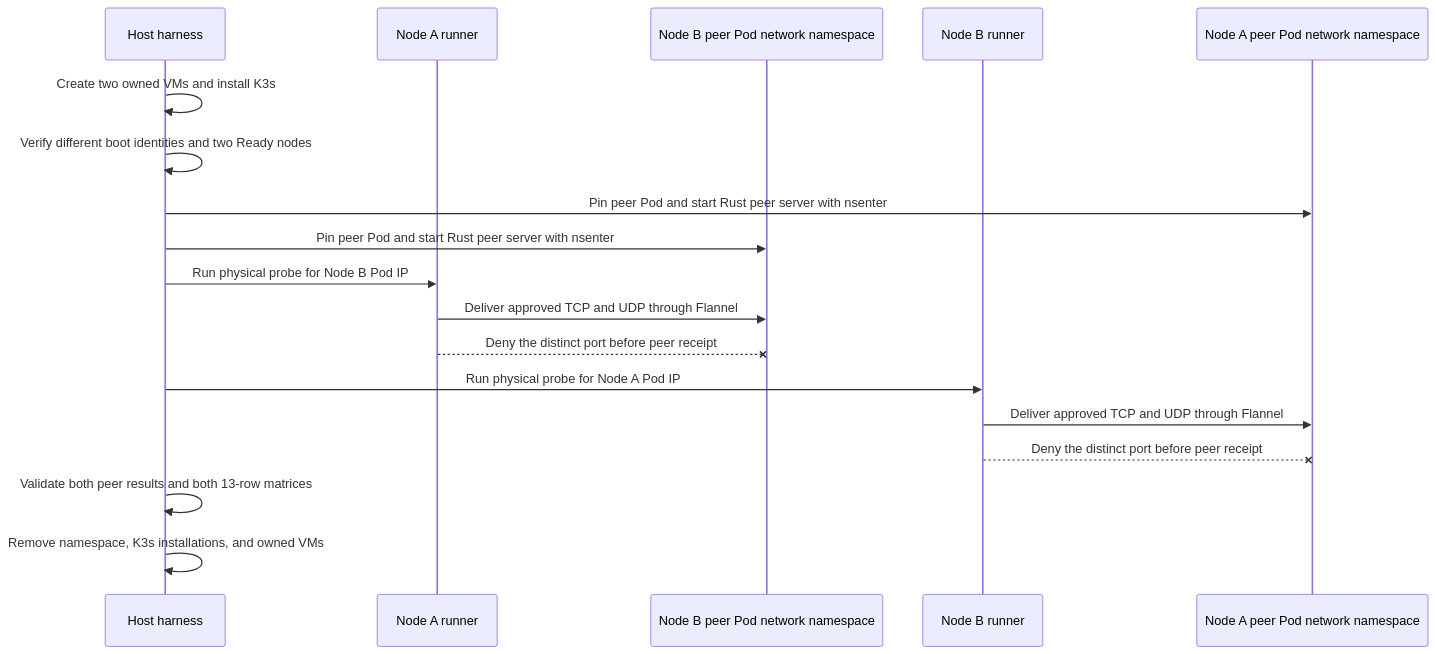
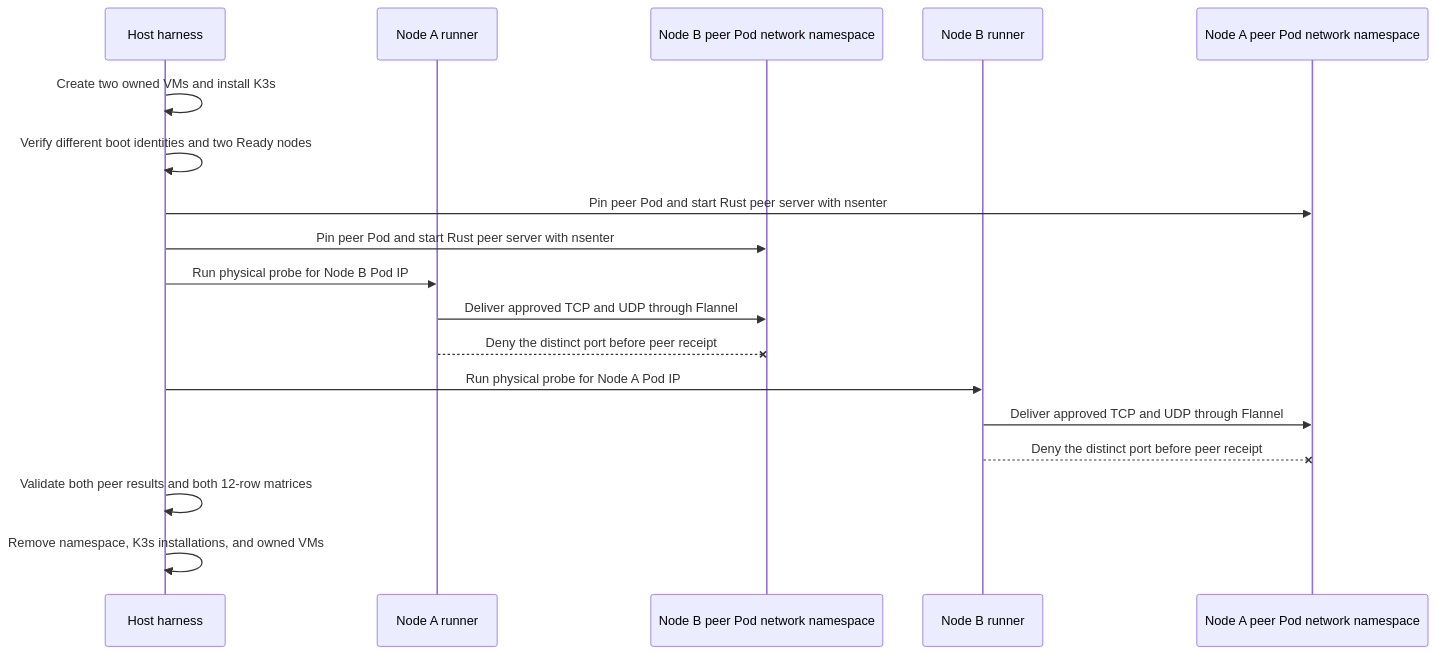
One commit to Ereborlabs/erebor-runtime changed the fifth of 5 diagrams in docs/plans/mithril-hugging-face-intrusion-prevention/phase-5-implementation-review.md. Above: the diagram before and after it, drawn with Mermaid. The commit also changed other lines of this file and 17 other files, not shown here.

````diff
--- a/docs/plans/mithril-hugging-face-intrusion-prevention/phase-5-implementation-review.md
+++ b/docs/plans/mithril-hugging-face-intrusion-prevention/phase-5-implementation-review.md
@@ -335,21 +335,21 @@
 ```mermaid
 sequenceDiagram
     participant H as Host harness
     participant A as Node A runner
     participant PB as Node B peer Pod network namespace
     participant B as Node B runner
     participant PA as Node A peer Pod network namespace
 
     H->>H: Create two owned VMs and install K3s
     H->>H: Verify different boot identities and two Ready nodes
     H->>PA: Pin peer Pod and start Rust peer server with nsenter
     H->>PB: Pin peer Pod and start Rust peer server with nsenter
     H->>A: Run physical probe for Node B Pod IP
     A->>PB: Deliver approved TCP and UDP through Flannel
     A--xPB: Deny the distinct port before peer receipt
     H->>B: Run physical probe for Node A Pod IP
     B->>PA: Deliver approved TCP and UDP through Flannel
     B--xPA: Deny the distinct port before peer receipt
-    H->>H: Validate both peer results and both 13-row matrices
+    H->>H: Validate both peer results and both 12-row matrices
     H->>H: Remove namespace, K3s installations, and owned VMs
 ```
````
